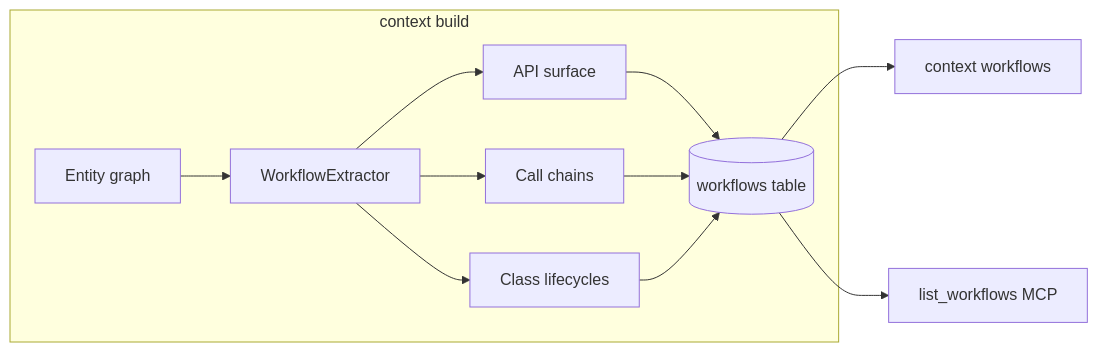
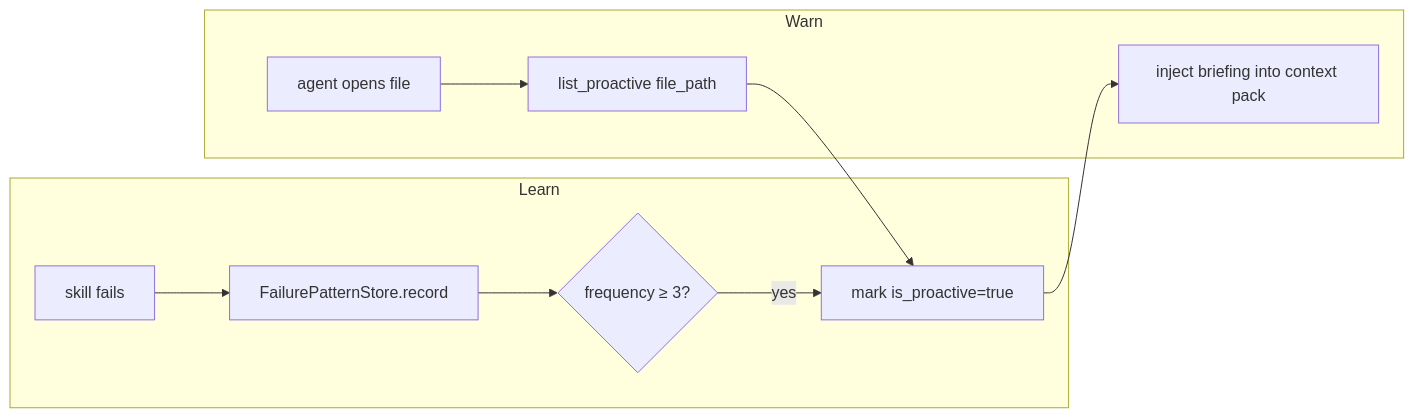
The sixth of 6 diagrams in demo/USER-JOURNEY.md (NANDISHSHAH/contextharness), drawn with Mermaid before and after one commit. The commit also changed other lines of this file and 43 other files, not shown here.

````diff
--- a/demo/USER-JOURNEY.md
+++ b/demo/USER-JOURNEY.md
@@ -268,12 +616,13 @@
 ```mermaid
 flowchart LR
-    subgraph build ["context build"]
-        G[Entity graph] --> WX[WorkflowExtractor]
-        WX --> API[API surface]
-        WX --> CC[Call chains]
-        WX --> CL[Class lifecycles]
-        API & CC & CL --> DB[(workflows table)]
+    subgraph Learn
+        A[skill fails] --> B[FailurePatternStore.record]
+        B --> C{frequency ≥ 3?}
+        C -->|yes| D[mark is_proactive=true]
     end
-    DB --> CLI[context workflows]
-    DB --> MCP[list_workflows MCP]
+    subgraph Warn
+        E[agent opens file] --> F[list_proactive file_path]
+        F --> D
+        D --> G[inject briefing into context pack]
+    end
 ```
````
